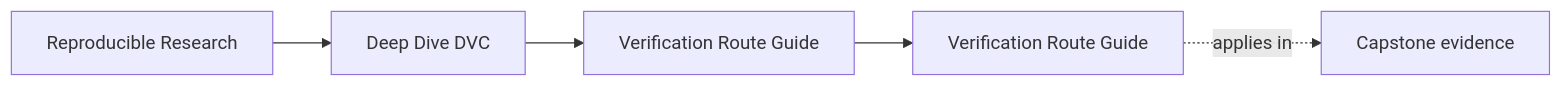
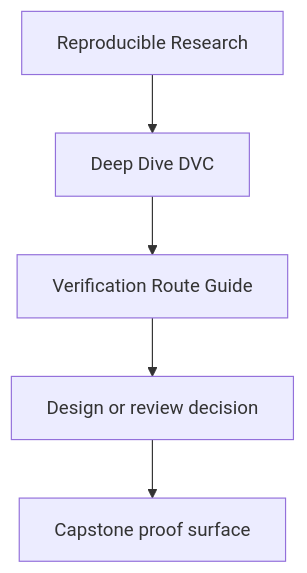
Before and after one commit to bijux/bijux-masterclass: the first of 2 diagrams in programs/reproducible-research/deep-dive-dvc/course-book/reference/verification-route-guide.md, drawn with Mermaid. The commit also changed other lines of this file and 31 other files, not shown here.

Commit message:
docs(deep-dive-dvc): sharpen guide and reference diagrams

````diff
--- a/programs/reproducible-research/deep-dive-dvc/course-book/reference/verification-route-guide.md
+++ b/programs/reproducible-research/deep-dive-dvc/course-book/reference/verification-route-guide.md
@@ -9,11 +9,7 @@
 ```mermaid
-graph LR
-  family["Reproducible Research"]
-  program["Deep Dive DVC"]
-  section["Verification Route Guide"]
-  page["Verification Route Guide"]
-  capstone["Capstone evidence"]
-
-  family --> program --> section --> page
-  page -.applies in.-> capstone
+flowchart TD
+  family["Reproducible Research"] --> program["Deep Dive DVC"]
+  program --> reference["Verification Route Guide"]
+  reference --> review["Design or review decision"]
+  review --> capstone["Capstone proof surface"]
 ```
````
